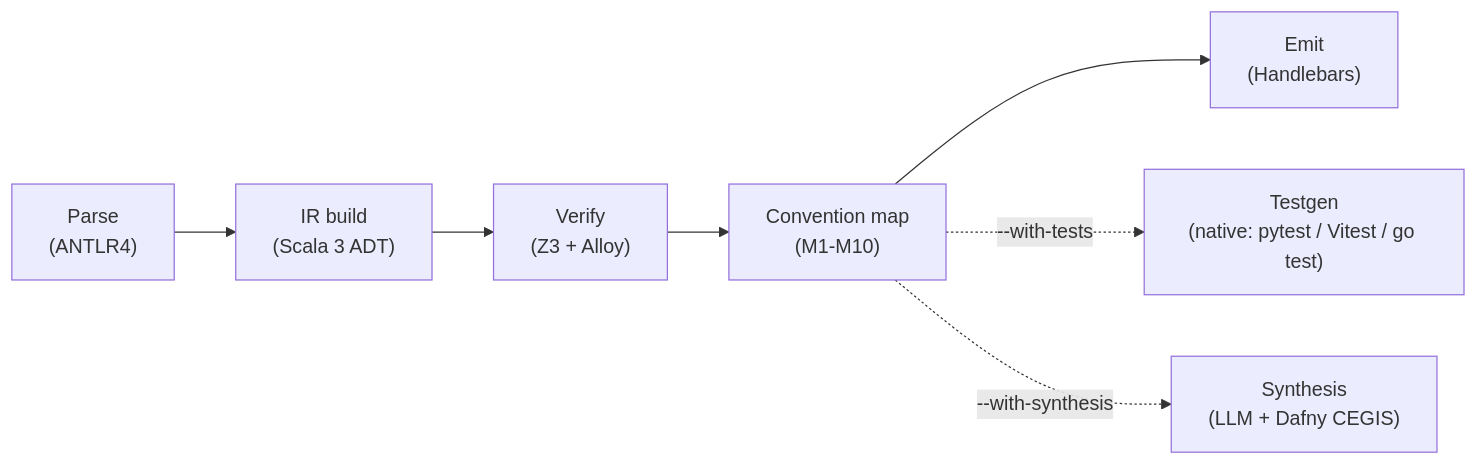
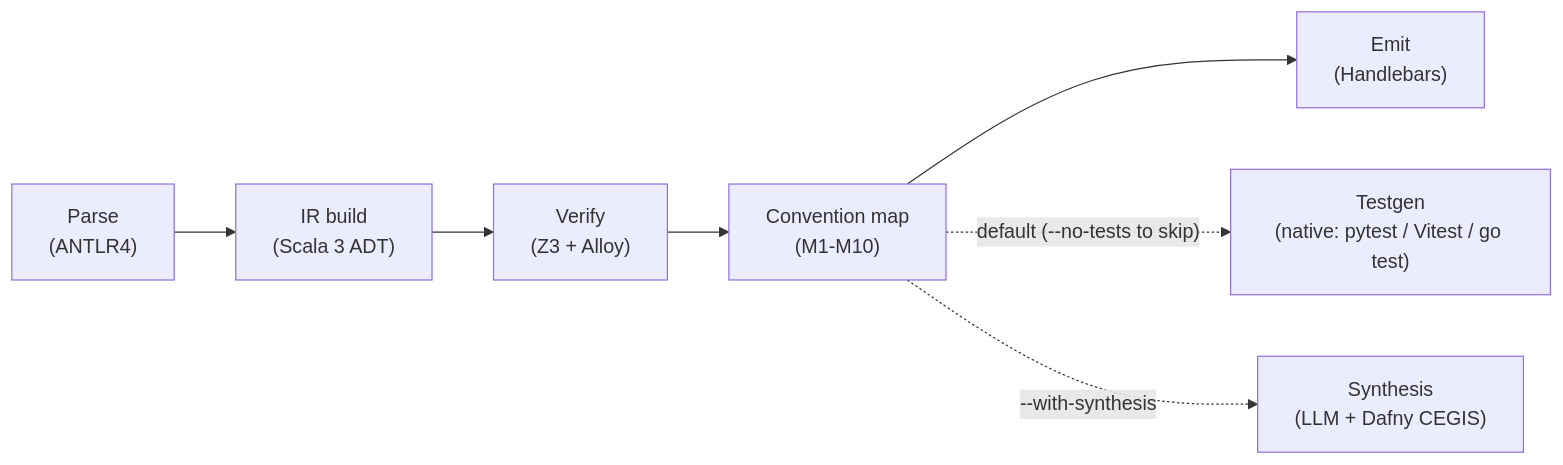
Before and after one commit to HardMax71/spec_to_rest: the diagram in docs/content/docs/design/architecture.mdx, drawn with Mermaid. The commit also changed other lines of this file and 55 other files, not shown here.

First line of the commit message:
feat(cli): default-on test emission + --no-tests opt-out (#140) (#305)

````diff
--- a/docs/content/docs/design/architecture.mdx
+++ b/docs/content/docs/design/architecture.mdx
@@ -52,9 +52,9 @@
 ```mermaid
 flowchart LR
   Parse["Parse<br/>(ANTLR4)"] --> Build["IR build<br/>(Scala 3 ADT)"]
   Build --> Verify["Verify<br/>(Z3 + Alloy)"]
   Verify --> Map["Convention map<br/>(M1-M10)"]
   Map --> Emit["Emit<br/>(Handlebars)"]
-  Map -.->|--with-tests| Tests["Testgen<br/>(native: pytest / Vitest / go test)"]
+  Map -.->|"default (--no-tests to skip)"| Tests["Testgen<br/>(native: pytest / Vitest / go test)"]
   Map -.->|--with-synthesis| Synth["Synthesis<br/>(LLM + Dafny CEGIS)"]
 ```
````
